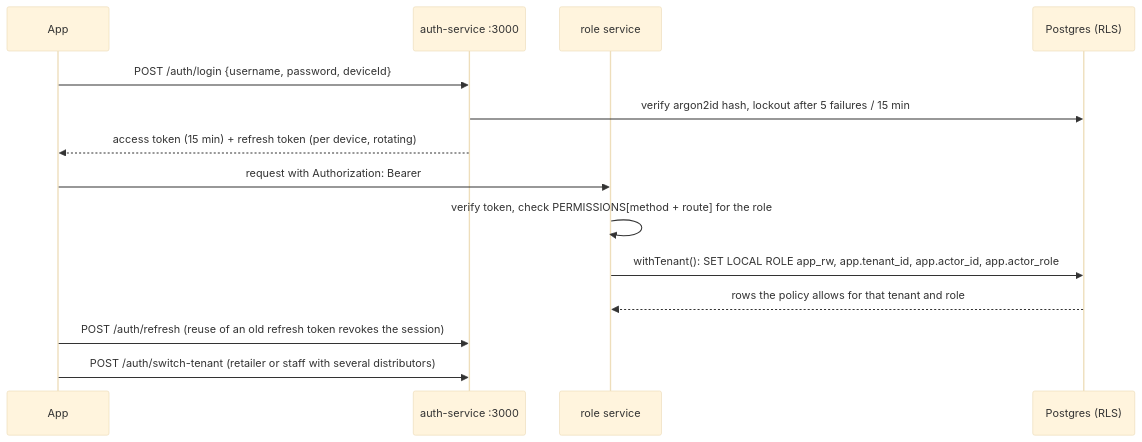
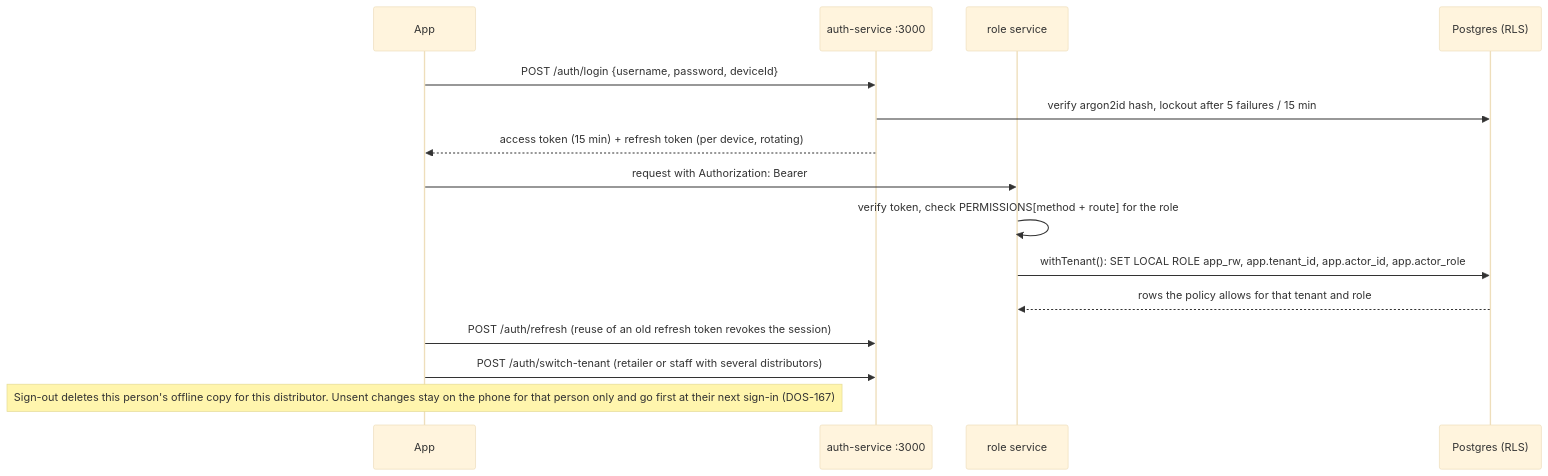
The fifth of 5 diagrams in docs/22-source-of-truth.md (prajwalchavan/Distribution-OS), drawn with Mermaid (base theme) before and after one commit. The commit also changed other lines of this file and 1 other file, not shown here.

Commit message:
docs(22): DOS-167 sign-out rule — founder answer A (unsent changes stay on the phone for that person only)

````diff
--- a/docs/22-source-of-truth.md
+++ b/docs/22-source-of-truth.md
@@ -198,16 +198,17 @@
 ```mermaid
 sequenceDiagram
   participant App
   participant Auth as auth-service :3000
   participant Svc as role service
   participant DB as Postgres (RLS)
   App->>Auth: POST /auth/login {username, password, deviceId}
   Auth->>DB: verify argon2id hash, lockout after 5 failures / 15 min
   Auth-->>App: access token (15 min) + refresh token (per device, rotating)
   App->>Svc: request with Authorization: Bearer
   Svc->>Svc: verify token, check PERMISSIONS[method + route] for the role
   Svc->>DB: withTenant(): SET LOCAL ROLE app_rw, app.tenant_id, app.actor_id, app.actor_role
   DB-->>Svc: rows the policy allows for that tenant and role
   App->>Auth: POST /auth/refresh (reuse of an old refresh token revokes the session)
   App->>Auth: POST /auth/switch-tenant (retailer or staff with several distributors)
+  Note over App: Sign-out deletes this person's offline copy for this distributor. Unsent changes stay on the phone for that person only and go first at their next sign-in (DOS-167)
 ```
````
